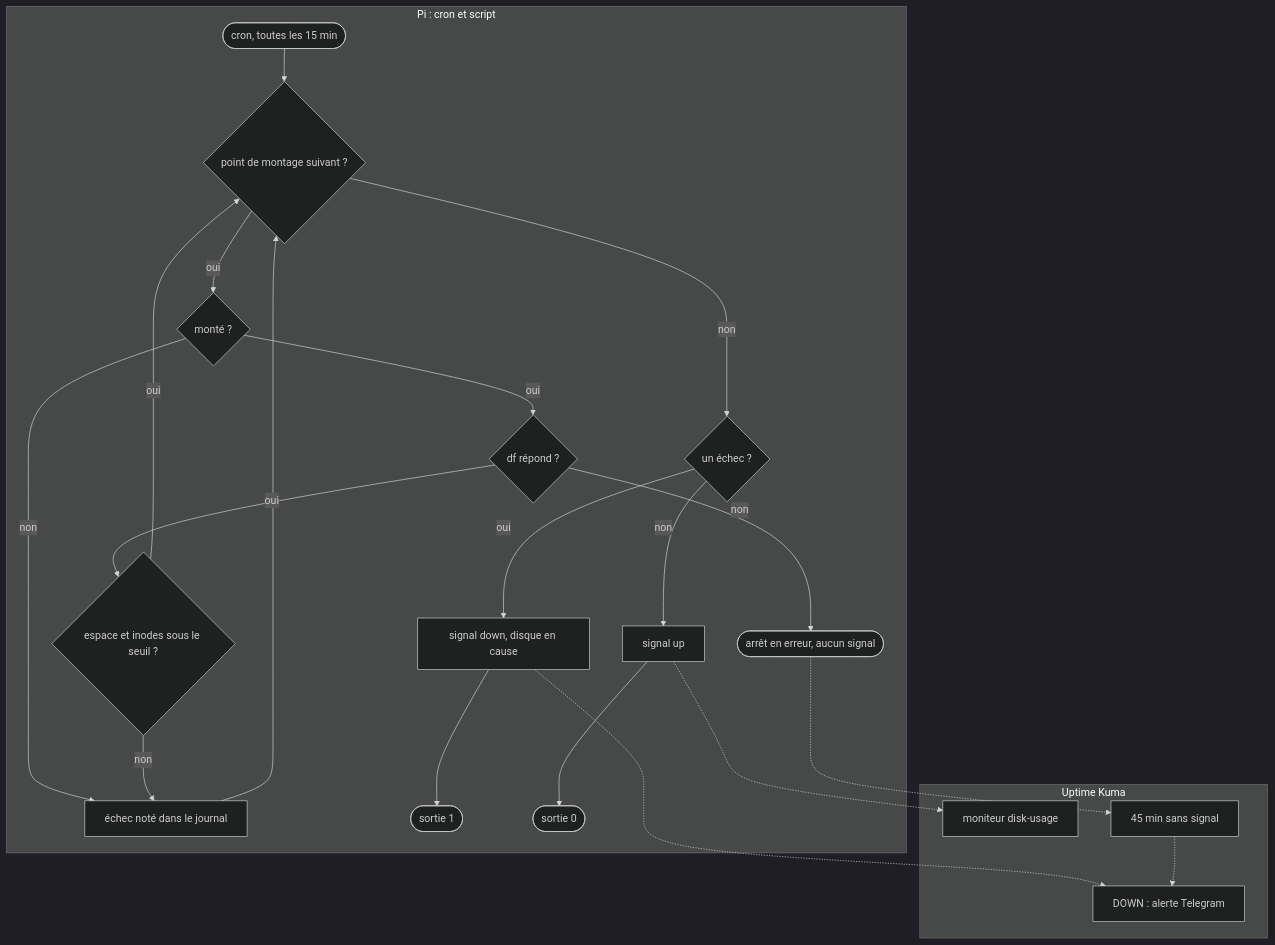
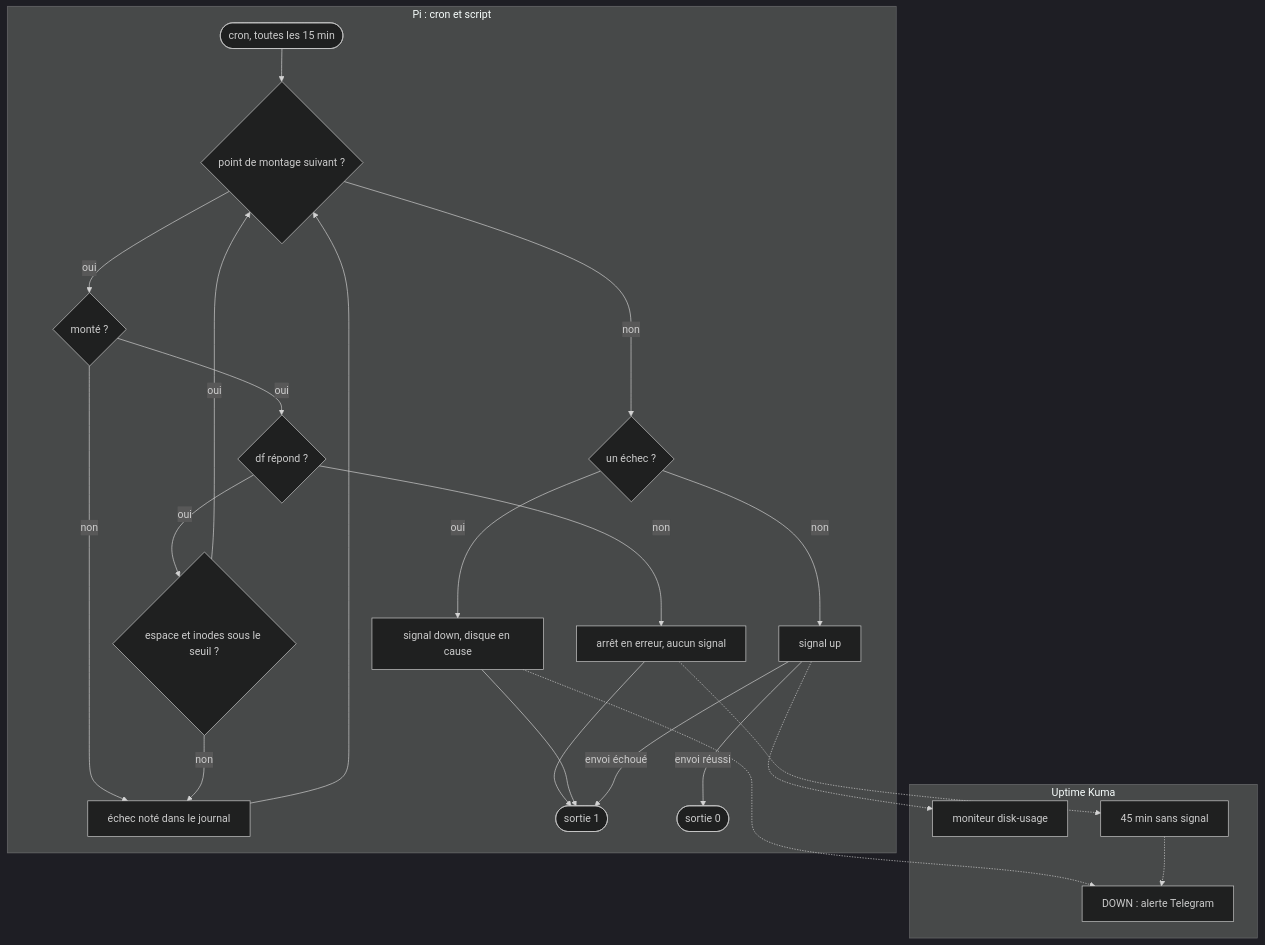
One commit to benoit-bremaud/bb-homelab changed the diagram in docs/architecture/diagrams/disk-alert/01-activity.md. Above: the diagram before and after it, drawn with Mermaid (dark theme). The commit also changed 2 other files, not shown here.

Commit message:
fix(storage): close the round 2 review notes on the disk alert
Sanitise the push message, log a missing push URL, document the
hot-unplugged HDD gap, and fix the activity diagram final nodes.

Refs #202

````diff
--- a/docs/architecture/diagrams/disk-alert/01-activity.md
+++ b/docs/architecture/diagrams/disk-alert/01-activity.md
@@ -17,28 +17,30 @@
 ```mermaid
 flowchart TD
   subgraph Pi["Pi : cron et script"]
     start([cron, toutes les 15 min]) --> loop{point de montage suivant ?}
     loop -- oui --> mounted{monté ?}
     mounted -- non --> fail[échec noté dans le journal]
     mounted -- oui --> df{df répond ?}
-    df -- non --> abort([arrêt en erreur, aucun signal])
+    df -- non --> abort[arrêt en erreur, aucun signal]
+    abort --> endfail
     df -- oui --> usage{espace et inodes sous le seuil ?}
     usage -- non --> fail
     usage -- oui --> loop
     fail --> loop
     loop -- non --> anyfail{un échec ?}
     anyfail -- oui --> down[signal down, disque en cause]
     anyfail -- non --> up[signal up]
     down --> endfail([sortie 1])
-    up --> endok([sortie 0])
+    up -- envoi réussi --> endok([sortie 0])
+    up -- envoi échoué --> endfail
   end
   subgraph Kuma["Uptime Kuma"]
     k1[moniteur disk-usage]
     k2[DOWN : alerte Telegram]
     k3[45 min sans signal]
   end
   down -.-> k2
   up -.-> k1
   abort -.-> k3
   k3 -.-> k2
 ```
````
